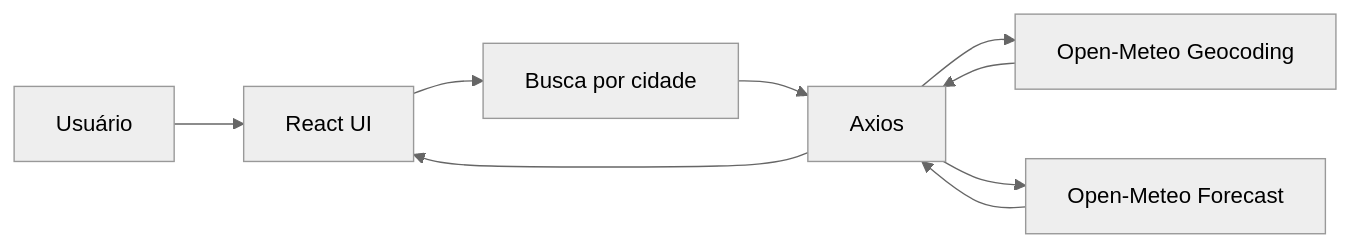
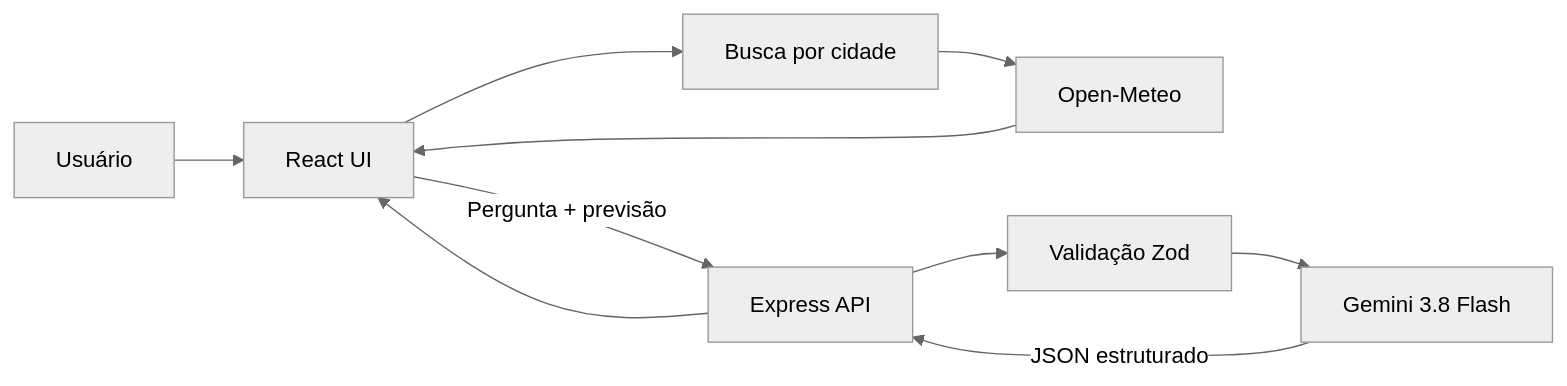
The diagram in docs/README.md (profmarciano/ESP_T2_ES_C4), drawn with Mermaid (neutral theme) before and after one commit. The commit also changed other lines of this file and 15 other files, not shown here.

Commit message:
feat(weather): implementar dashboard e assistente Gemini

````diff
--- a/docs/README.md
+++ b/docs/README.md
@@ -70,11 +92,12 @@
 ```mermaid
 graph LR
     User[Usuário] --> UI[React UI]
     UI --> Search[Busca por cidade]
-    Search --> Client[Axios]
-    Client --> Geo[Open-Meteo Geocoding]
-    Geo --> Client
-    Client --> Forecast[Open-Meteo Forecast]
-    Forecast --> Client
-    Client --> UI
+    Search --> Weather[Open-Meteo]
+    Weather --> UI
+    UI -->|Pergunta + previsão| API[Express API]
+    API --> Validate[Validação Zod]
+    Validate --> Gemini[Gemini 3.8 Flash]
+    Gemini -->|JSON estruturado| API
+    API --> UI
 ```
````
